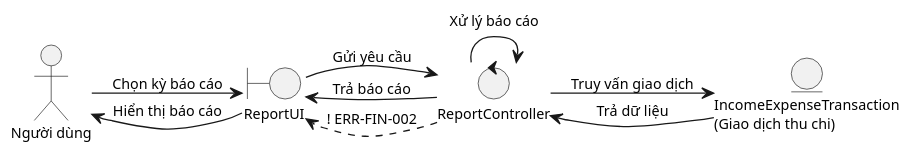
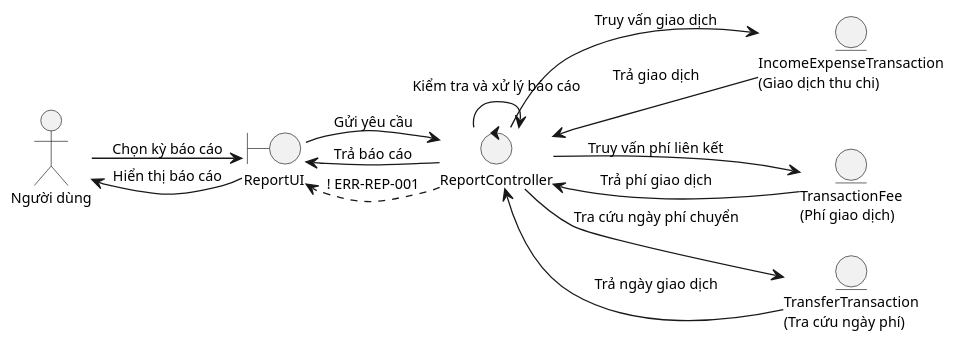
The fifth of 6 diagrams in docs/object-oriented-analysis/06-so-do-robustness-va-the-crc.md (mynhleeh/pfms-oop), drawn with PlantUML before and after one commit. The commit also changed other lines of this file and 21 other files, not shown here.

Commit message:
docs(spec): align SRS, OOA, and OOD models with 12-month window and single-scan sequence

````diff
--- a/docs/object-oriented-analysis/06-so-do-robustness-va-the-crc.md
+++ b/docs/object-oriented-analysis/06-so-do-robustness-va-the-crc.md
@@ -229,25 +229,31 @@
 ```plantuml
 @startuml
 left to right direction
 skinparam defaultFontSize 11
 skinparam nodesep 20
 skinparam ranksep 30
 skinparam shadowing false
 scale 1.3
 
 actor "Người dùng" as user
 boundary "ReportUI" as view
 control "ReportController" as ctrl
 entity "IncomeExpenseTransaction\n(Giao dịch thu chi)" as txEnt
+entity "TransactionFee\n(Phí giao dịch)" as feeEnt
+entity "TransferTransaction\n(Tra cứu ngày phí)" as trfEnt
 
 user --> view : Chọn kỳ báo cáo
 view --> ctrl : Gửi yêu cầu
 ctrl --> txEnt : Truy vấn giao dịch
-txEnt --> ctrl : Trả dữ liệu
-ctrl --> ctrl : Xử lý báo cáo
+ctrl --> feeEnt : Truy vấn phí liên kết
+ctrl --> trfEnt : Tra cứu ngày phí chuyển
+txEnt --> ctrl : Trả giao dịch
+feeEnt --> ctrl : Trả phí giao dịch
+trfEnt --> ctrl : Trả ngày giao dịch
+ctrl --> ctrl : Kiểm tra và xử lý báo cáo
 ctrl --> view : Trả báo cáo
 view --> user : Hiển thị báo cáo
 
-ctrl ..> view : ! ERR-FIN-002
+ctrl ..> view : ! ERR-REP-001
 @enduml
 ```
````
